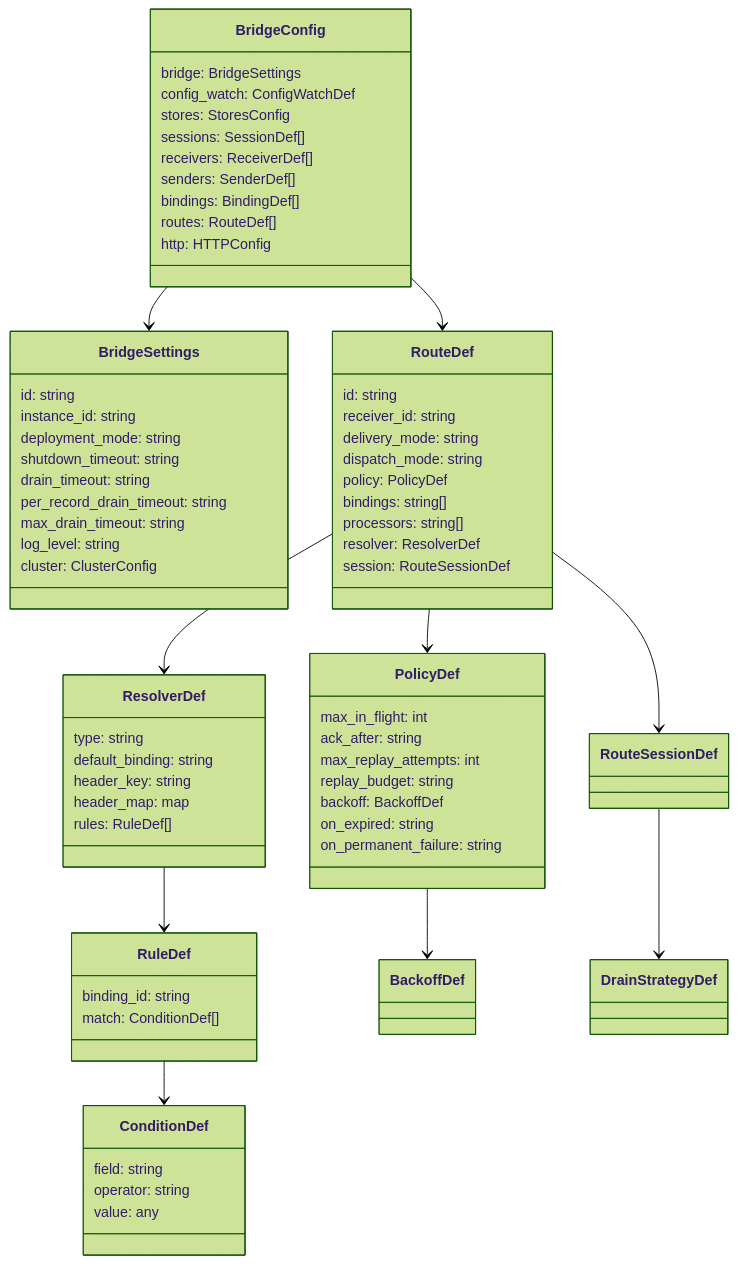
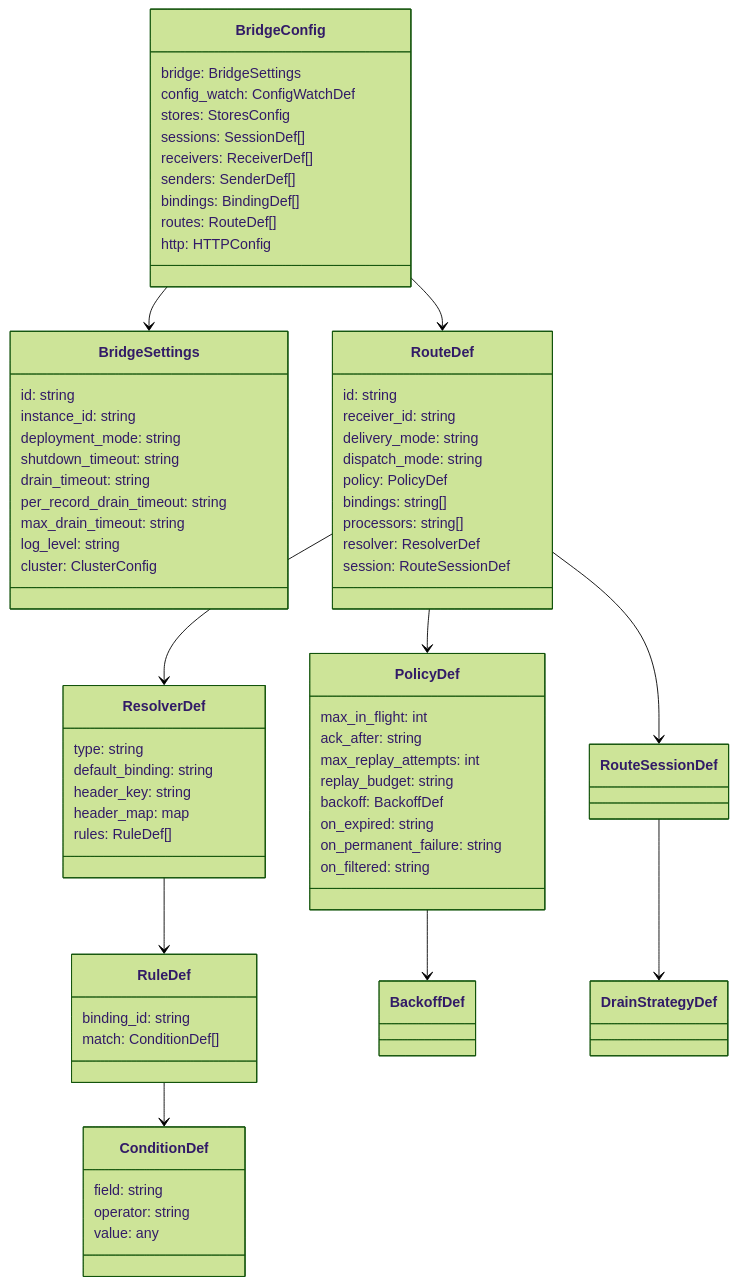
The diagram in docs/configuration-reference.md (mariotoffia/gobridge), drawn with Mermaid (forest theme) before and after one commit. The commit also changed other lines of this file and 399 other files, not shown here.

````diff
--- a/docs/configuration-reference.md
+++ b/docs/configuration-reference.md
@@ -11,77 +11,78 @@
 ```mermaid
 classDiagram
     class BridgeConfig {
         bridge: BridgeSettings
         config_watch: ConfigWatchDef
         stores: StoresConfig
         sessions: SessionDef[]
         receivers: ReceiverDef[]
         senders: SenderDef[]
         bindings: BindingDef[]
         routes: RouteDef[]
         http: HTTPConfig
     }
 
     class BridgeSettings {
         id: string
         instance_id: string
         deployment_mode: string
         shutdown_timeout: string
         drain_timeout: string
         per_record_drain_timeout: string
         max_drain_timeout: string
         log_level: string
         cluster: ClusterConfig
     }
 
     class RouteDef {
         id: string
         receiver_id: string
         delivery_mode: string
         dispatch_mode: string
         policy: PolicyDef
         bindings: string[]
         processors: string[]
         resolver: ResolverDef
         session: RouteSessionDef
     }
 
     class ResolverDef {
         type: string
         default_binding: string
         header_key: string
         header_map: map
         rules: RuleDef[]
     }
 
     class RuleDef {
         binding_id: string
         match: ConditionDef[]
     }
 
     class ConditionDef {
         field: string
         operator: string
         value: any
     }
 
     class PolicyDef {
         max_in_flight: int
         ack_after: string
         max_replay_attempts: int
         replay_budget: string
         backoff: BackoffDef
         on_expired: string
         on_permanent_failure: string
+        on_filtered: string
     }
 
     BridgeConfig --> BridgeSettings
     BridgeConfig --> RouteDef
     RouteDef --> PolicyDef
     RouteDef --> ResolverDef
     RouteDef --> RouteSessionDef
     ResolverDef --> RuleDef
     RuleDef --> ConditionDef
     PolicyDef --> BackoffDef
     RouteSessionDef --> DrainStrategyDef
 ```
````
